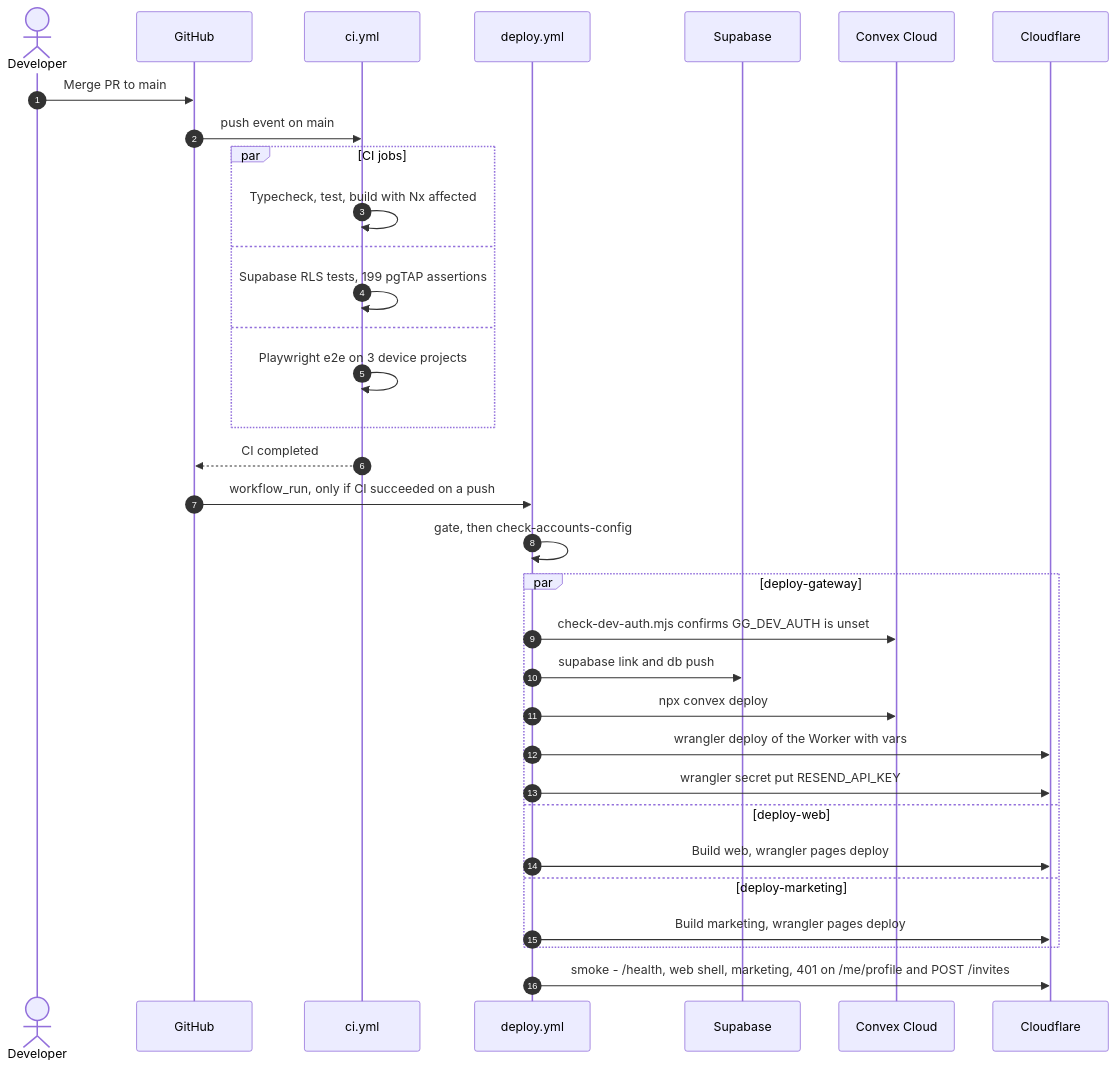
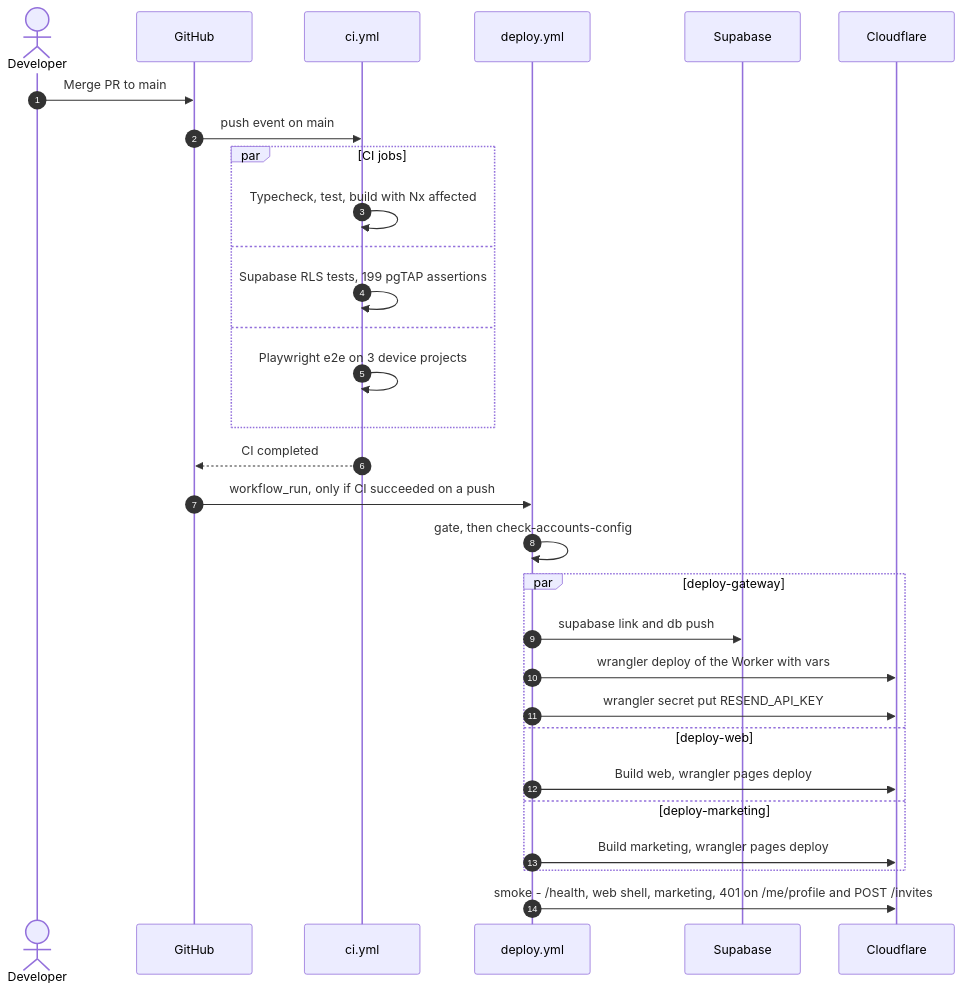
Before and after one commit to grieverguidetech/griever-guidance: the sixth of 8 diagrams in docs/backend-services.md, drawn with Mermaid. The commit also changed other lines of this file and 56 other files, not shown here.

````diff
--- a/docs/backend-services.md
+++ b/docs/backend-services.md
@@ -623,36 +583,33 @@
 ```mermaid
 sequenceDiagram
   autonumber
   actor D as Developer
   participant GH as GitHub
   participant CI as ci.yml
   participant DP as deploy.yml
   participant SB as Supabase
-  participant CX as Convex Cloud
   participant CF as Cloudflare
 
   D->>GH: Merge PR to main
   GH->>CI: push event on main
   par CI jobs
     CI->>CI: Typecheck, test, build with Nx affected
   and
     CI->>CI: Supabase RLS tests, 199 pgTAP assertions
   and
     CI->>CI: Playwright e2e on 3 device projects
   end
   CI-->>GH: CI completed
   GH->>DP: workflow_run, only if CI succeeded on a push
   DP->>DP: gate, then check-accounts-config
   par deploy-gateway
-    DP->>CX: check-dev-auth.mjs confirms GG_DEV_AUTH is unset
     DP->>SB: supabase link and db push
-    DP->>CX: npx convex deploy
     DP->>CF: wrangler deploy of the Worker with vars
     DP->>CF: wrangler secret put RESEND_API_KEY
   and deploy-web
     DP->>CF: Build web, wrangler pages deploy
   and deploy-marketing
     DP->>CF: Build marketing, wrangler pages deploy
   end
   DP->>CF: smoke - /health, web shell, marketing, 401 on /me/profile and POST /invites
 ```
````
